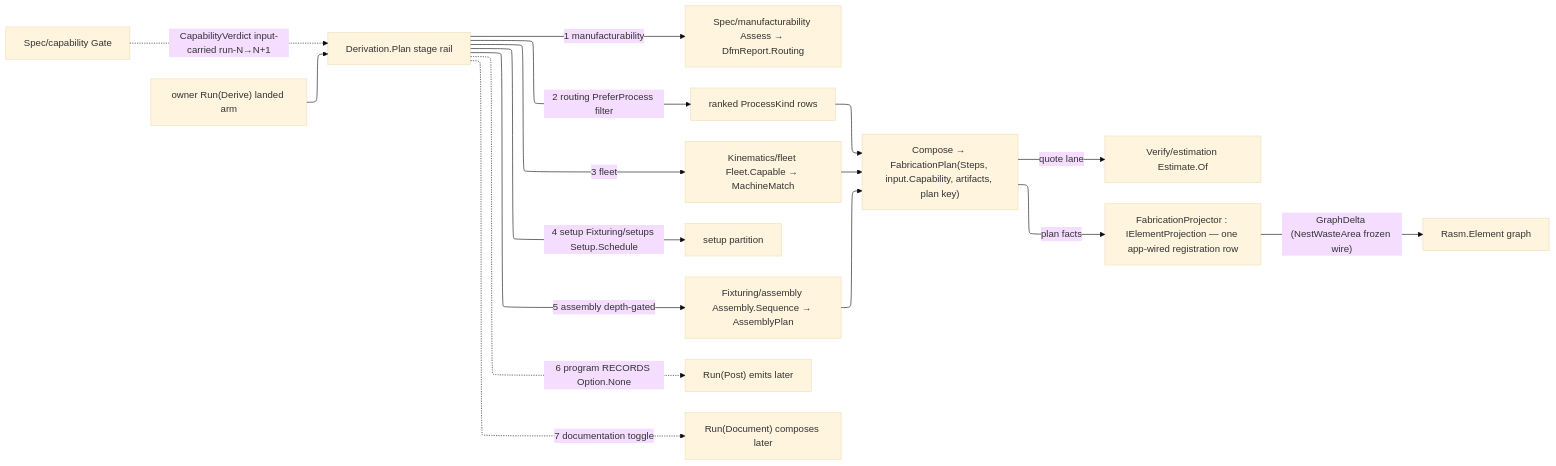
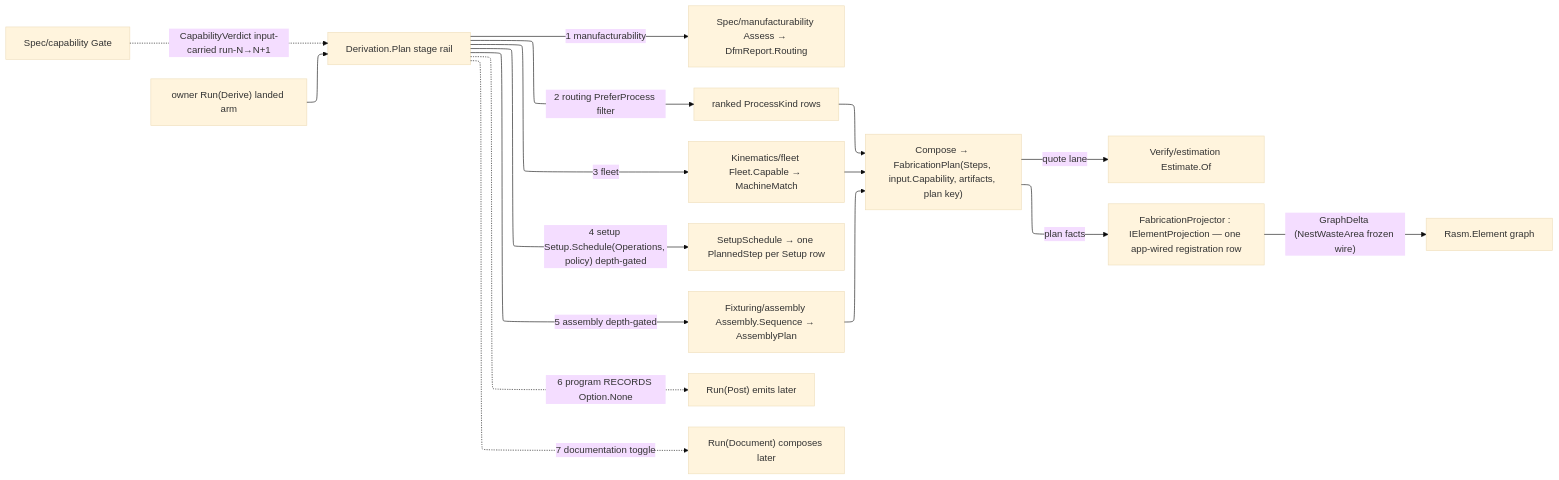
Before and after one commit to bsamiee/Rasm: the diagram in libs/csharp/Rasm.Fabrication/.planning/Process/derivation.md, drawn with Mermaid. The commit also changed other lines of this file and 79 other files, not shown here.

````diff
--- a/libs/csharp/Rasm.Fabrication/.planning/Process/derivation.md
+++ b/libs/csharp/Rasm.Fabrication/.planning/Process/derivation.md
@@ -156,23 +197,23 @@
 ```mermaid
 ---
 config:
   layout: elk
   theme: base
 ---
 flowchart LR
     Derive["owner Run(Derive) landed arm"] --> Plan["Derivation.Plan stage rail"]
     Plan -->|1 manufacturability| Dfm["Spec/manufacturability Assess → DfmReport.Routing"]
     Plan -->|2 routing PreferProcess filter| Routed["ranked ProcessKind rows"]
     Plan -->|3 fleet| Matches["Kinematics/fleet Fleet.Capable → MachineMatch"]
-    Plan -->|"4 setup Fixturing/setups Setup.Schedule"| Setup["setup partition"]
+    Plan -->|"4 setup Setup.Schedule(Operations, policy) depth-gated"| Setup["SetupSchedule → one PlannedStep per Setup row"]
     Plan -->|5 assembly depth-gated| Joins["Fixturing/assembly Assembly.Sequence → AssemblyPlan"]
     Plan -.->|6 program RECORDS Option.None| Post["Run(Post) emits later"]
     Plan -.->|7 documentation toggle| Doc["Run(Document) composes later"]
     Routed --> Compose["Compose → FabricationPlan(Steps, input.Capability, artifacts, plan key)"]
     Matches --> Compose
     Joins --> Compose
     Compose -->|quote lane| Estimate["Verify/estimation Estimate.Of"]
     Compose -->|plan facts| Projector["FabricationProjector : IElementProjection — one app-wired registration row"]
     Projector -->|"GraphDelta (NestWasteArea frozen wire)"| Graph["Rasm.Element graph"]
     Capability["Spec/capability Gate"] -.->|CapabilityVerdict input-carried run-N→N+1| Plan
 ```
````
